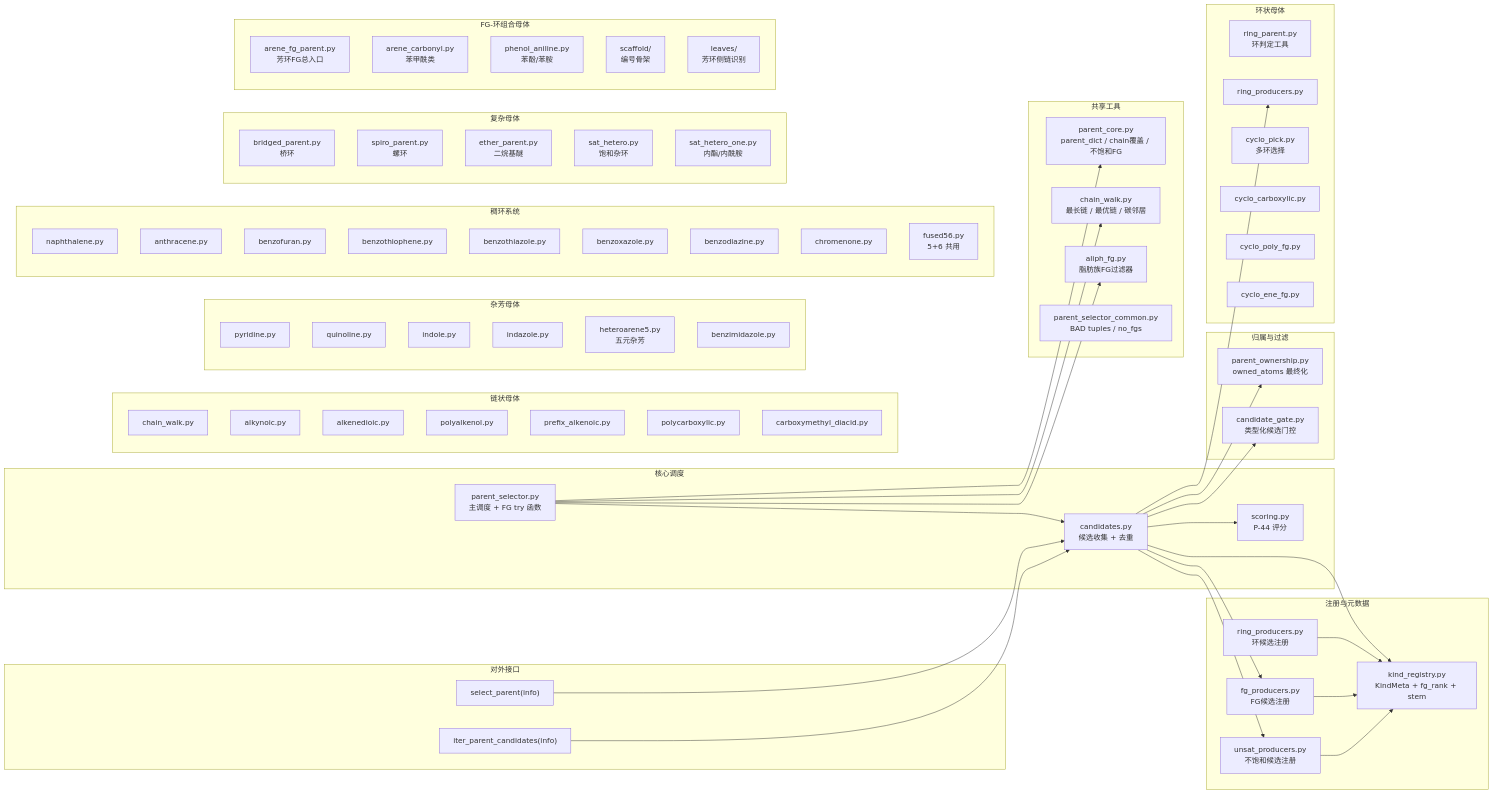
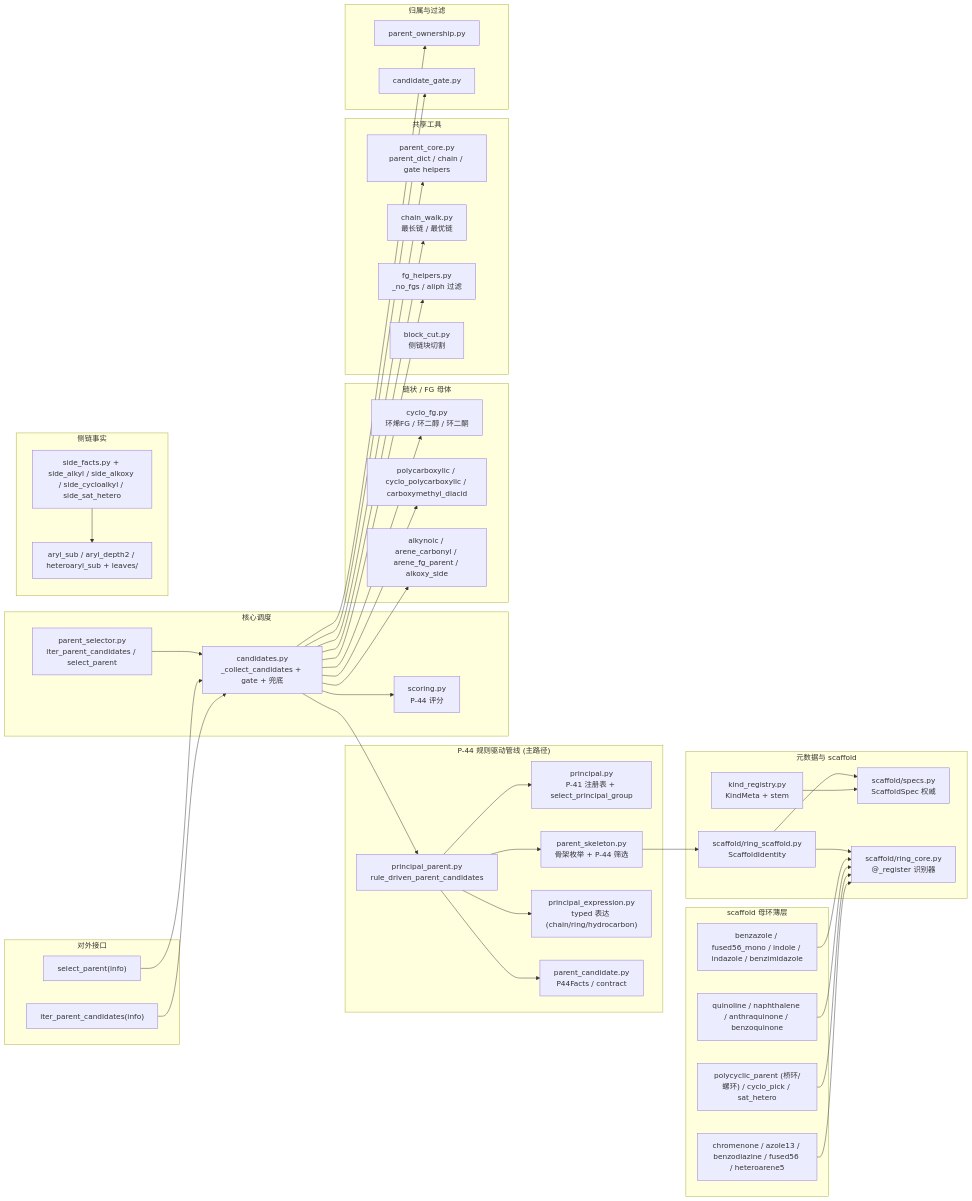
One commit to zouxiaofei1/OpenSMILES changed the fourth of 6 diagrams in docs/wiki/architecture/layer2-parent-selector.md. Above: the diagram before and after it, drawn with Mermaid. The commit also changed other lines of this file and 9 other files, not shown here.

````diff
--- a/docs/wiki/architecture/layer2-parent-selector.md
+++ b/docs/wiki/architecture/layer2-parent-selector.md
@@ -743,101 +736,68 @@
         IPC["iter_parent_candidates(info)"]
     end
 
-    subgraph Core["核心调度"]
-        PS["parent_selector.py<br/>主调度 + FG try 函数"]
-        CAND["candidates.py<br/>候选收集 + 去重"]
-        SCORE["scoring.py<br/>P-44 评分"]
+    subgraph Principal["P-44 规则驱动管线 (主路径)"]
+        PR["principal.py<br/>P-41 注册表 + select_principal_group"]
+        SKEL["parent_skeleton.py<br/>骨架枚举 + P-44 筛选"]
+        PEXPR["principal_expression.py<br/>typed 表达 (chain/ring/hydrocarbon)"]
+        PPR["principal_parent.py<br/>rule_driven_parent_candidates"]
+        PCAND["parent_candidate.py<br/>P44Facts / contract"]
     end
 
-    subgraph Registry["注册与元数据"]
-        KR["kind_registry.py<br/>KindMeta + fg_rank + stem"]
-        RP["ring_producers.py<br/>环候选注册"]
-        FP["fg_producers.py<br/>FG候选注册"]
-        UP["unsat_producers.py<br/>不饱和候选注册"]
+    subgraph Core["核心调度"]
+        CAND["candidates.py<br/>_collect_candidates + gate + 兜底"]
+        SCORE["scoring.py<br/>P-44 评分"]
+        PSEL["parent_selector.py<br/>iter_parent_candidates / select_parent"]
+    end
+
+    subgraph Registry["元数据与 scaffold"]
+        KR["kind_registry.py<br/>KindMeta + stem"]
+        SPECS["scaffold/specs.py<br/>ScaffoldSpec 权威"]
+        RCORE["scaffold/ring_core.py<br/>@_register 识别器"]
+        RSCAFF["scaffold/ring_scaffold.py<br/>ScaffoldIdentity"]
+    end
+
+    subgraph RingParents["scaffold 母环薄层"]
+        R1["benzazole / fused56_mono / indole / indazole / benzimidazole"]
+        R2["quinoline / naphthalene / anthraquinone / benzoquinone"]
+        R3["polycyclic_parent (桥环/螺环) / cyclo_pick / sat_hetero"]
+        R4["chromenone / azole13 / benzodiazine / fused56 / heteroarene5"]
+    end
+
+    subgraph ChainAndFG["链状 / FG 母体"]
+        CFG["cyclo_fg.py<br/>环烯FG / 环二醇 / 环二酮"]
+        PCO["polycarboxylic / cyclo_polycarboxylic / carboxymethyl_diacid"]
+        ALK["alkynoic / arene_carbonyl / arene_fg_parent / alkoxy_side"]
     end
 
     subgraph Utilities["共享工具"]
-        PC["parent_core.py<br/>parent_dict / chain覆盖 / 不饱和FG"]
-        CW["chain_walk.py<br/>最长链 / 最优链 / 碳邻居"]
-        AF["aliph_fg.py<br/>脂肪族FG过滤器"]
-        PSC["parent_selector_common.py<br/>BAD tuples / no_fgs"]
+        PC["parent_core.py<br/>parent_dict / chain / gate helpers"]
+        CW["chain_walk.py<br/>最长链 / 最优链"]
+        FG["fg_helpers.py<br/>_no_fgs / aliph 过滤"]
+        BO["block_cut.py<br/>侧链块切割"]
+    end
+
+    subgraph SideFacts["侧链事实"]
+        SF["side_facts.py + side_alkyl / side_alkoxy / side_cycloalkyl / side_sat_hetero"]
+        ARYL["aryl_sub / aryl_depth2 / heteroaryl_sub + leaves/"]
     end
 
     subgraph Ownership["归属与过滤"]
-        PO["parent_ownership.py<br/>owned_atoms 最终化"]
-        CG["candidate_gate.py<br/>类型化候选门控"]
+        PO["parent_ownership.py"]
+        CG["candidate_gate.py"]
     end
 
-    subgraph Chain_Parents["链状母体"]
-        CH1["chain_walk.py"]
-        CH2["alkynoic.py"]
-        CH3["alkenedioic.py"]
-        CH4["polyalkenol.py"]
-        CH5["prefix_alkenoic.py"]
-        CH6["polycarboxylic.py"]
-        CH7["carboxymethyl_diacid.py"]
-    end
-
-    subgraph Ring_Parents["环状母体"]
-        RI1["ring_parent.py<br/>环判定工具"]
-        RI2["ring_producers.py"]
-        RI3["cyclo_pick.py<br/>多环选择"]
-        RI4["cyclo_carboxylic.py"]
-        RI5["cyclo_poly_fg.py"]
-        RI6["cyclo_ene_fg.py"]
-    end
-
-    subgraph Heteroaryl["杂芳母体"]
-        HA1["pyridine.py"]
-        HA2["quinoline.py"]
-        HA3["indole.py"]
-        HA4["indazole.py"]
-        HA5["heteroarene5.py<br/>五元杂芳"]
-        HA6["benzimidazole.py"]
-    end
-
-    subgraph Fused["稠环系统"]
-        FU1["naphthalene.py"]
-        FU2["anthracene.py"]
-        FU3["benzofuran.py"]
-        FU4["benzothiophene.py"]
-        FU5["benzothiazole.py"]
-        FU6["benzoxazole.py"]
-        FU7["benzodiazine.py"]
-        FU8["chromenone.py"]
-        FU9["fused56.py<br/>5+6 共用"]
-    end
-
-    subgraph Complex["复杂母体"]
-        CX1["bridged_parent.py<br/>桥环"]
-        CX2["spiro_parent.py<br/>螺环"]
-        CX3["ether_parent.py<br/>二烷基醚"]
-        CX4["sat_hetero.py<br/>饱和杂环"]
-        CX5["sat_hetero_one.py<br/>内酯/内酰胺"]
-    end
-
-    subgraph FG_as_Parent["FG-环组合母体"]
-        FG1["arene_fg_parent.py<br/>芳环FG总入口"]
-        FG2["arene_carbonyl.py<br/>苯甲酰类"]
-        FG3["phenol_aniline.py<br/>苯酚/苯胺"]
-        FG4["scaffold/"<br/>编号骨架]
-        FG5["leaves/"<br/>芳环侧链识别]
-    end
-
-    PS --> CAND
-    PS --> PC
-    PS --> CW
-    PS --> AF
-    CAND --> SCORE
-    CAND --> KR
-    RP --> KR
-    FP --> KR
-    UP --> KR
+    PSEL --> CAND
     SP --> CAND
     IPC --> CAND
-    CAND --> PO
-    CAND --> CG
-    CAND --> RI2
-    CAND --> FP
-    CAND --> UP
+    CAND --> PPR
+    PPR --> PR & SKEL & PEXPR & PCAND
+    SKEL --> RSCAFF
+    RSCAFF --> RCORE & SPECS
+    KR --> SPECS
+    CAND --> SCORE & PO & CG
+    CAND --> CFG & PCO & ALK
+    CAND --> PC & CW & FG
+    R1 & R2 & R3 & R4 --> RCORE
+    SF --> ARYL
 ```
````
